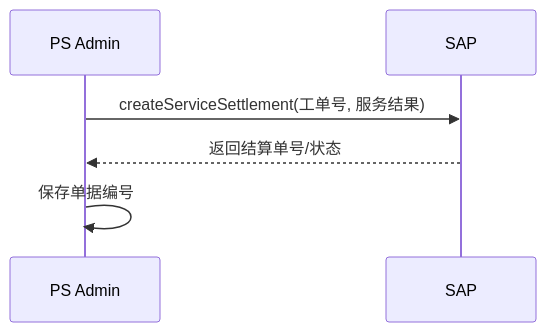
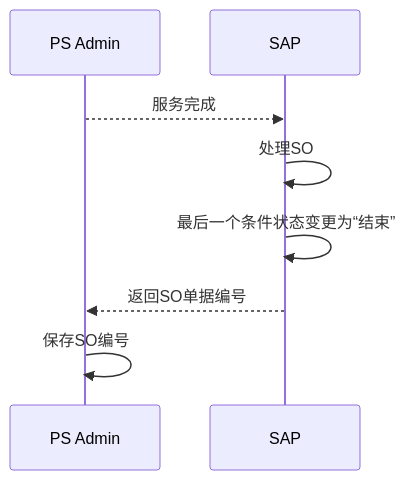
Diagram 26 of 43 in 文档/GM系统需求说明.md (guguohai/gmps), drawn with Mermaid before and after one commit. The commit also changed other lines of this file and 31 other files, not shown here.

````diff
--- a/文档/GM系统需求说明.md
+++ b/文档/GM系统需求说明.md
@@ -1010,9 +1000,11 @@
 ```mermaid
 sequenceDiagram
     participant PS as PS Admin
     participant SAP as SAP
 
-    PS->>SAP: createServiceSettlement(工单号, 服务结果)
-    SAP-->>PS: 返回结算单号/状态
-    PS->>PS: 保存单据编号
+    PS-->>SAP: 服务完成
+    SAP->>SAP: 处理SO
+    SAP->>SAP: 最后一个条件状态变更为“结束”
+    SAP-->>PS: 返回SO单据编号
+    PS->>PS: 保存SO编号
 ```
````
